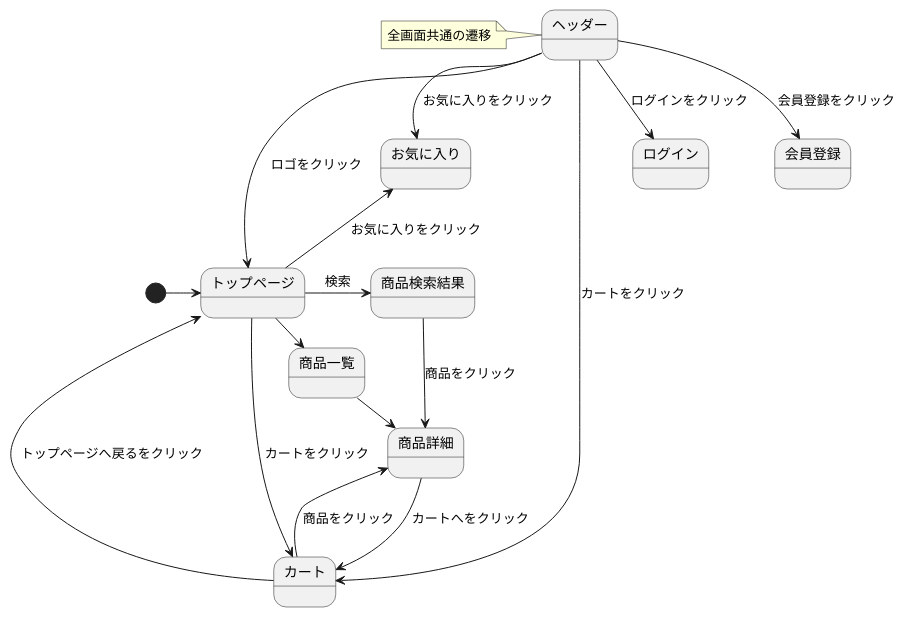
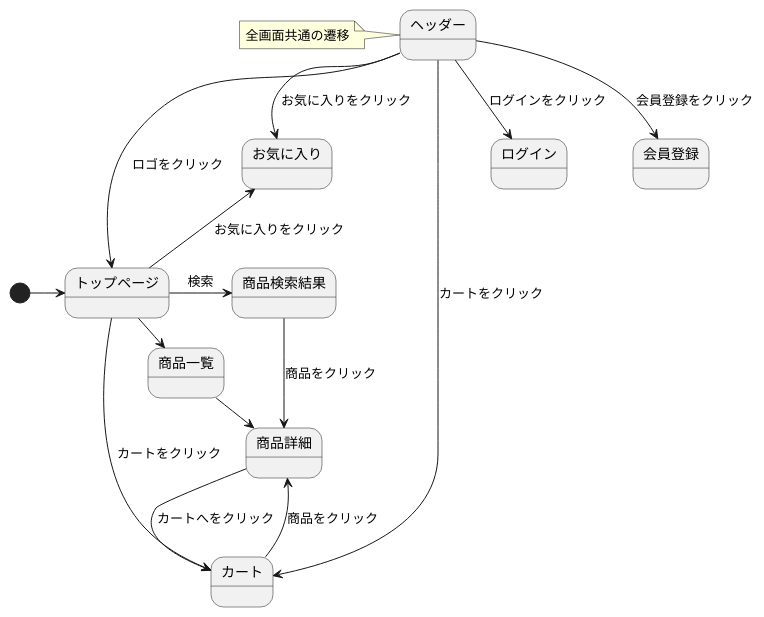
Before and after one commit to Aso2101122/coffeeEC: the diagram in 03_画面遷移図/stm_03.md, drawn with PlantUML.

````diff
--- a/03_画面遷移図/stm_03.md
+++ b/03_画面遷移図/stm_03.md
@@ -2,25 +2,24 @@
 ```uml
 @startuml
 [*]->トップページ
 トップページ->商品検索結果: 検索
 トップページ-right->商品一覧: 商品一覧をクリック
 商品一覧->商品詳細: 商品をクリック
 商品検索結果-down->商品詳細: 商品をクリック
 商品詳細-->カート: カートへをクリック
 トップページ--up>お気に入り: お気に入りをクリック
 トップページ-->カート: カートをクリック
-カート->トップページ: トップページへ戻るをクリック
 カート->商品詳細: 商品をクリック
 
 state ヘッダー{
 }
 note left of ヘッダー: 全画面共通の遷移
 
 
 ヘッダー-down->トップページ: ロゴをクリック
 ヘッダー-down->ログイン: ログインをクリック
 ヘッダー-down->会員登録: 会員登録をクリック
 ヘッダー-down->お気に入り: お気に入りをクリック
 ヘッダー-down->カート: カートをクリック
 @enduml
 ```
````
